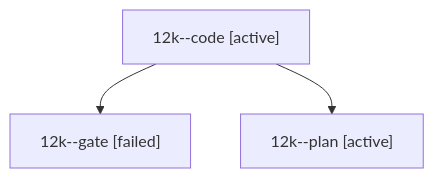
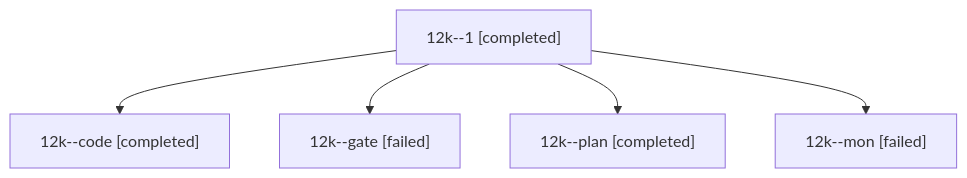
Before and after one commit to bobs-org/bob-cli--agents: the diagram in sessions/bbugyi200.athena.12k.md, drawn with Mermaid. The commit also changed other lines of this file and 94 other files, not shown here.

````diff
--- a/sessions/bbugyi200.athena.12k.md
+++ b/sessions/bbugyi200.athena.12k.md
@@ -9,8 +9,12 @@
 ```mermaid
 flowchart TD
-  n0["12k--code [active]"]
-  n1["12k--gate [failed]"]
+  n0["12k--1 [completed]"]
+  n1["12k--code [completed]"]
   n0 --> n1
-  n2["12k--plan [active]"]
+  n2["12k--gate [failed]"]
   n0 --> n2
+  n3["12k--plan [completed]"]
+  n0 --> n3
+  n4["12k--mon [failed]"]
+  n0 --> n4
 ```
````
